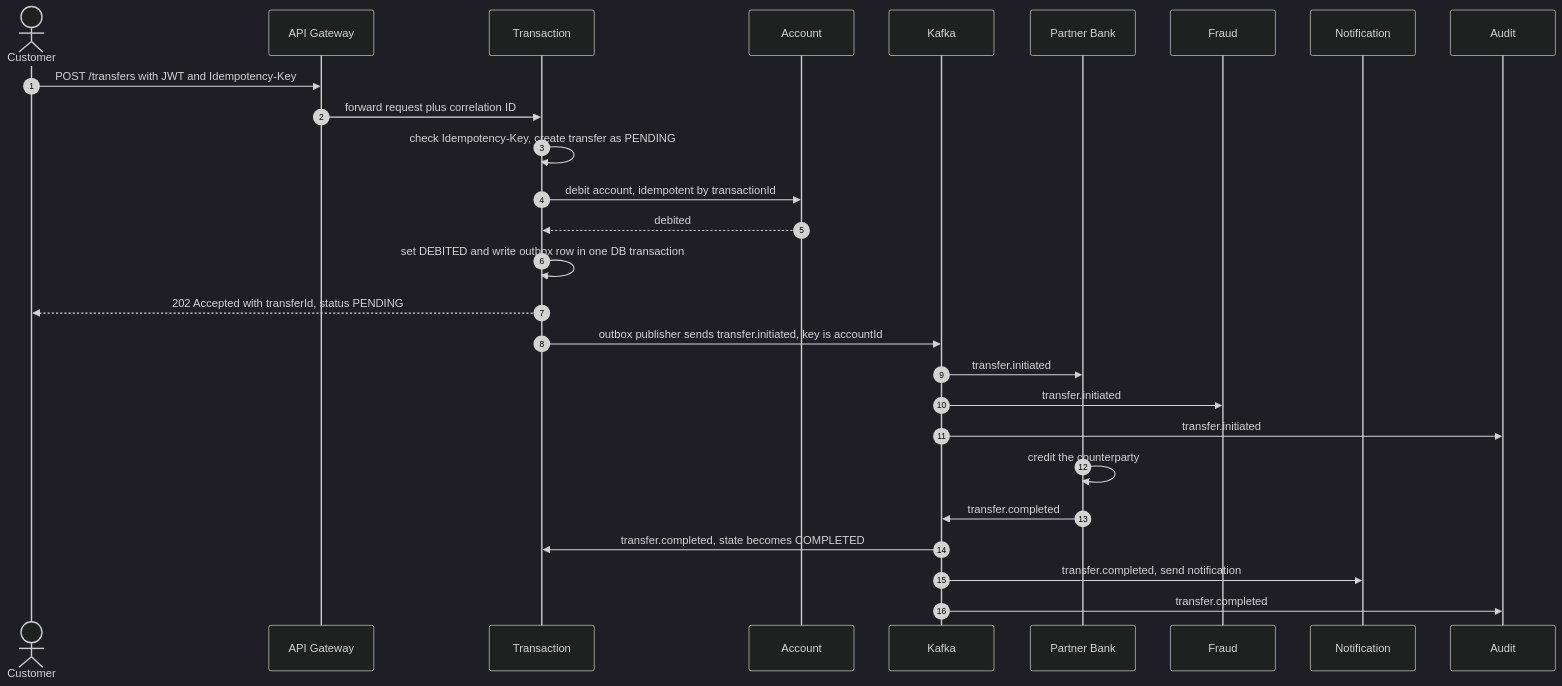
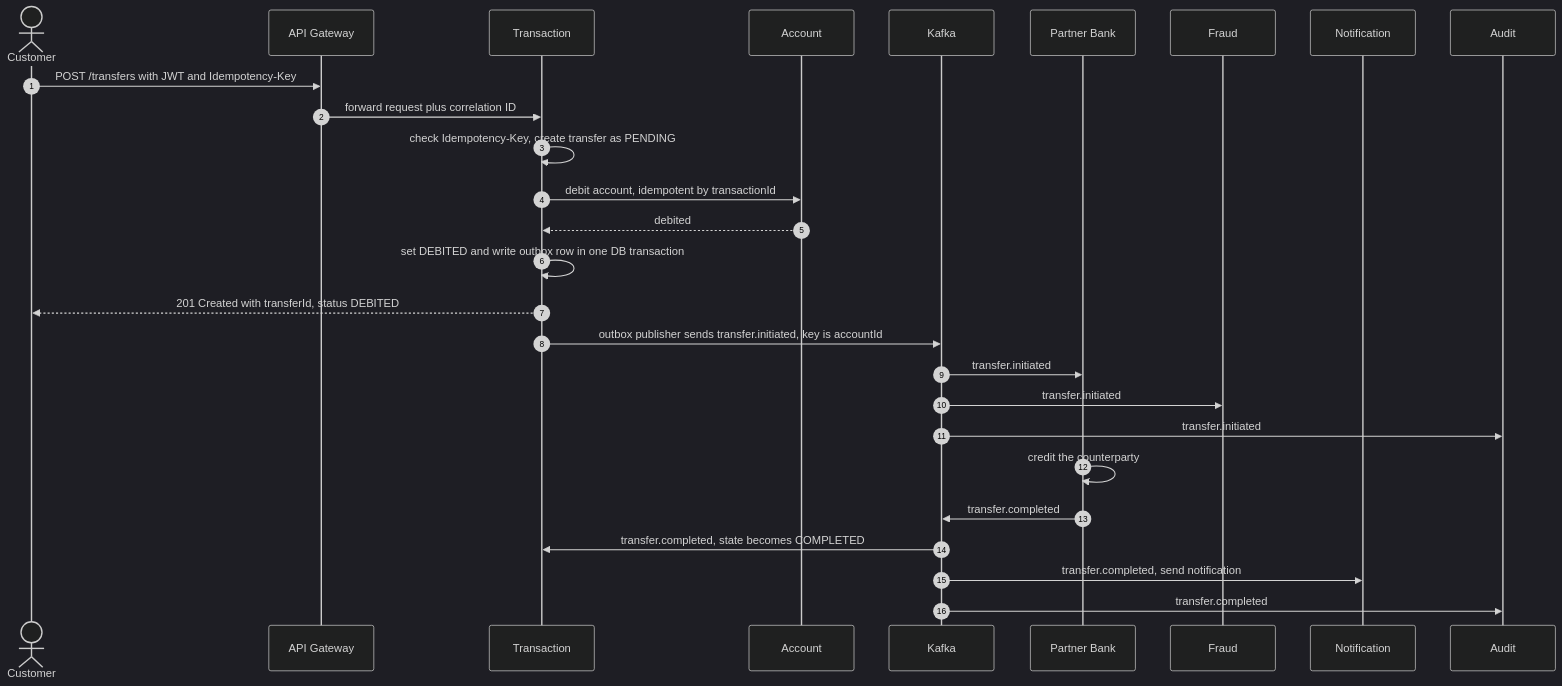
One commit to Nayeemshaik29/SentinelBank changed the fourth of 7 diagrams in README.md. Above: the diagram before and after it, drawn with Mermaid (dark theme). The commit also changed other lines of this file and 2 other files, not shown here.

````diff
--- a/README.md
+++ b/README.md
@@ -160,30 +160,30 @@
 ```mermaid
 sequenceDiagram
     autonumber
     actor C as Customer
     participant GW as API Gateway
     participant T as Transaction
     participant A as Account
     participant K as Kafka
     participant P as Partner Bank
     participant F as Fraud
     participant N as Notification
     participant AU as Audit
 
     C->>GW: POST /transfers with JWT and Idempotency-Key
     GW->>T: forward request plus correlation ID
     T->>T: check Idempotency-Key, create transfer as PENDING
     T->>A: debit account, idempotent by transactionId
     A-->>T: debited
     T->>T: set DEBITED and write outbox row in one DB transaction
-    T-->>C: 202 Accepted with transferId, status PENDING
+    T-->>C: 201 Created with transferId, status DEBITED
     T->>K: outbox publisher sends transfer.initiated, key is accountId
     K->>P: transfer.initiated
     K->>F: transfer.initiated
     K->>AU: transfer.initiated
     P->>P: credit the counterparty
     P->>K: transfer.completed
     K->>T: transfer.completed, state becomes COMPLETED
     K->>N: transfer.completed, send notification
     K->>AU: transfer.completed
 ```
````
